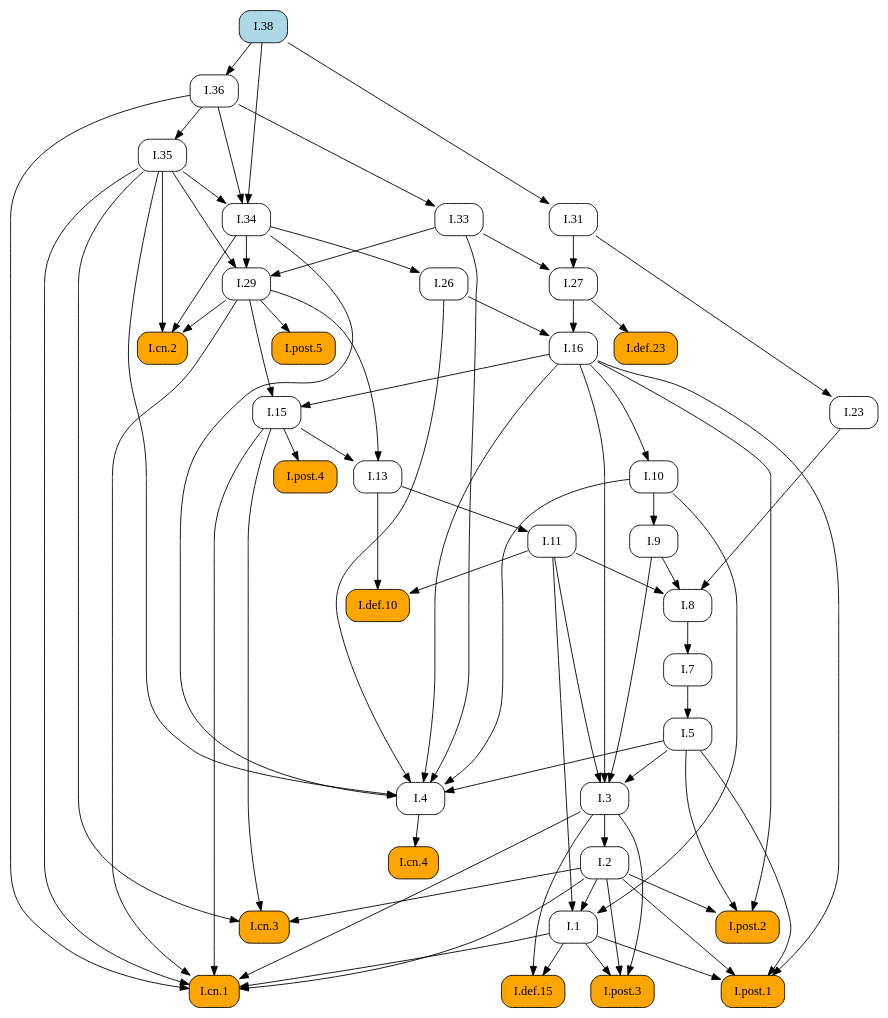
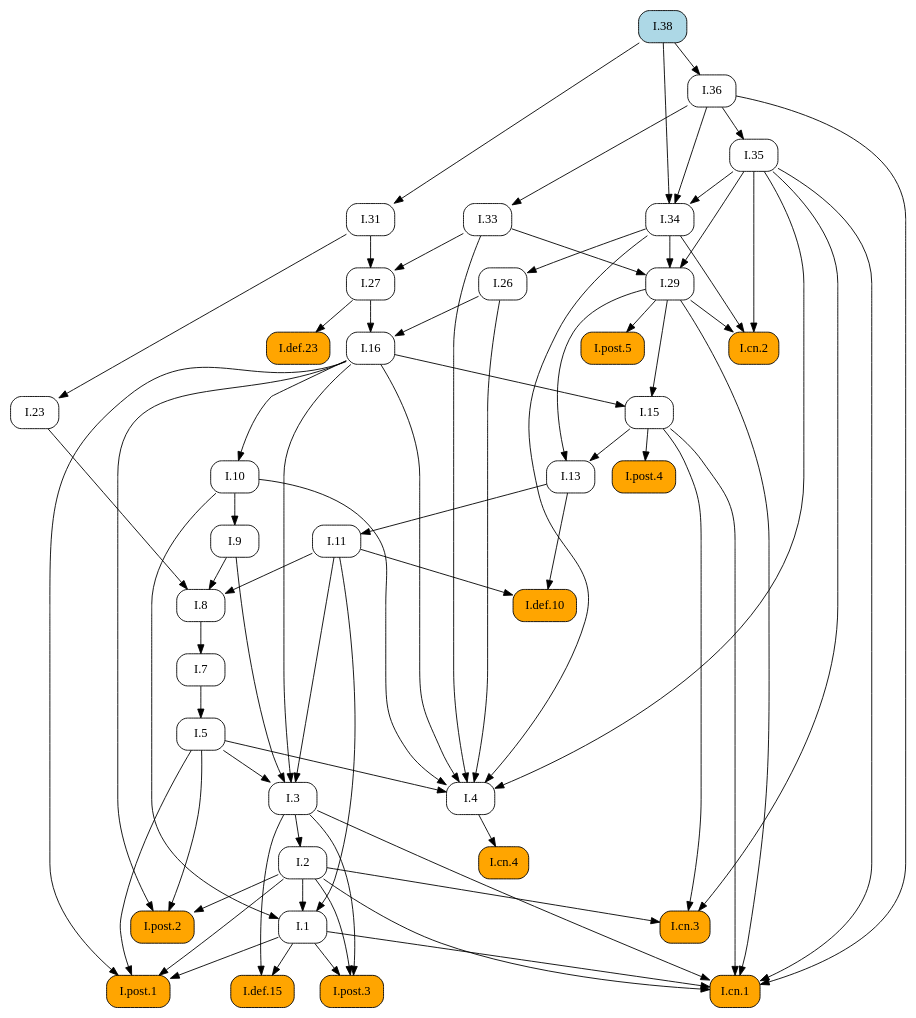
The diagram in docsrc/elements2/I/38/index.rst (geometor/elements), drawn with Graphviz before and after one commit. The commit also changed other lines of this file and 409 other files, not shown here.

First line of the commit message:
feat: Add image cropping and graphic extraction script

```diff
--- a/docsrc/elements2/I/38/index.rst
+++ b/docsrc/elements2/I/38/index.rst
@@ -45,79 +45,49 @@
    digraph {
      rankdir="TB";
      node [shape=box, style=rounded];
+     "I.31" [URL="/elements2/I/31/", target="_top"];
      "I.8" [URL="/elements2/I/8/", target="_top"];
+     "I.15" [URL="/elements2/I/15/", target="_top"];
+     "I.5" [URL="/elements2/I/5/", target="_top"];
+     "I.26" [URL="/elements2/I/26/", target="_top"];
+     "I.cn.1" [style="rounded,filled", fillcolor=orange, URL="/elements2/I/cn.1/", target="_top"];
+     "I.7" [URL="/elements2/I/7/", target="_top"];
+     "I.23" [URL="/elements2/I/23/", target="_top"];
+     "I.16" [URL="/elements2/I/16/", target="_top"];
+     "I.35" [URL="/elements2/I/35/", target="_top"];
+     "I.34" [URL="/elements2/I/34/", target="_top"];
+     "I.33" [URL="/elements2/I/33/", target="_top"];
+     "I.def.15" [style="rounded,filled", fillcolor=orange, URL="/elements2/I/def.15/", target="_top"];
+     "I.38" [style="rounded,filled", fillcolor=lightblue, URL="/elements2/I/38/", target="_top"];
+     "I.def.10" [style="rounded,filled", fillcolor=orange, URL="/elements2/I/def.10/", target="_top"];
+     "I.def.23" [style="rounded,filled", fillcolor=orange, URL="/elements2/I/def.23/", target="_top"];
+     "I.11" [URL="/elements2/I/11/", target="_top"];
+     "I.post.4" [style="rounded,filled", fillcolor=orange, URL="/elements2/I/post.4/", target="_top"];
+     "I.post.5" [style="rounded,filled", fillcolor=orange, URL="/elements2/I/post.5/", target="_top"];
+     "I.3" [URL="/elements2/I/3/", target="_top"];
+     "I.10" [URL="/elements2/I/10/", target="_top"];
+     "I.cn.3" [style="rounded,filled", fillcolor=orange, URL="/elements2/I/cn.3/", target="_top"];
+     "I.13" [URL="/elements2/I/13/", target="_top"];
+     "I.4" [URL="/elements2/I/4/", target="_top"];
+     "I.post.3" [style="rounded,filled", fillcolor=orange, URL="/elements2/I/post.3/", target="_top"];
+     "I.9" [URL="/elements2/I/9/", target="_top"];
+     "I.29" [URL="/elements2/I/29/", target="_top"];
      "I.36" [URL="/elements2/I/36/", target="_top"];
      "I.post.1" [style="rounded,filled", fillcolor=orange, URL="/elements2/I/post.1/", target="_top"];
-     "I.33" [URL="/elements2/I/33/", target="_top"];
-     "I.5" [URL="/elements2/I/5/", target="_top"];
-     "I.38" [style="rounded,filled", fillcolor=lightblue, URL="/elements2/I/38/", target="_top"];
-     "I.post.5" [style="rounded,filled", fillcolor=orange, URL="/elements2/I/post.5/", target="_top"];
-     "I.def.10" [style="rounded,filled", fillcolor=orange, URL="/elements2/I/def.10/", target="_top"];
-     "I.cn.2" [style="rounded,filled", fillcolor=orange, URL="/elements2/I/cn.2/", target="_top"];
-     "I.def.15" [style="rounded,filled", fillcolor=orange, URL="/elements2/I/def.15/", target="_top"];
-     "I.31" [URL="/elements2/I/31/", target="_top"];
-     "I.11" [URL="/elements2/I/11/", target="_top"];
-     "I.3" [URL="/elements2/I/3/", target="_top"];
-     "I.def.23" [style="rounded,filled", fillcolor=orange, URL="/elements2/I/def.23/", target="_top"];
-     "I.post.2" [style="rounded,filled", fillcolor=orange, URL="/elements2/I/post.2/", target="_top"];
-     "I.26" [URL="/elements2/I/26/", target="_top"];
-     "I.cn.3" [style="rounded,filled", fillcolor=orange, URL="/elements2/I/cn.3/", target="_top"];
-     "I.cn.4" [style="rounded,filled", fillcolor=orange, URL="/elements2/I/cn.4/", target="_top"];
-     "I.1" [URL="/elements2/I/1/", target="_top"];
-     "I.7" [URL="/elements2/I/7/", target="_top"];
-     "I.9" [URL="/elements2/I/9/", target="_top"];
-     "I.cn.1" [style="rounded,filled", fillcolor=orange, URL="/elements2/I/cn.1/", target="_top"];
-     "I.29" [URL="/elements2/I/29/", target="_top"];
-     "I.16" [URL="/elements2/I/16/", target="_top"];
-     "I.post.4" [style="rounded,filled", fillcolor=orange, URL="/elements2/I/post.4/", target="_top"];
-     "I.13" [URL="/elements2/I/13/", target="_top"];
-     "I.35" [URL="/elements2/I/35/", target="_top"];
      "I.2" [URL="/elements2/I/2/", target="_top"];
      "I.27" [URL="/elements2/I/27/", target="_top"];
-     "I.4" [URL="/elements2/I/4/", target="_top"];
-     "I.10" [URL="/elements2/I/10/", target="_top"];
-     "I.15" [URL="/elements2/I/15/", target="_top"];
-     "I.34" [URL="/elements2/I/34/", target="_top"];
-     "I.23" [URL="/elements2/I/23/", target="_top"];
-     "I.post.3" [style="rounded,filled", fillcolor=orange, URL="/elements2/I/post.3/", target="_top"];
+     "I.cn.4" [style="rounded,filled", fillcolor=orange, URL="/elements2/I/cn.4/", target="_top"];
+     "I.cn.2" [style="rounded,filled", fillcolor=orange, URL="/elements2/I/cn.2/", target="_top"];
+     "I.1" [URL="/elements2/I/1/", target="_top"];
+     "I.post.2" [style="rounded,filled", fillcolor=orange, URL="/elements2/I/post.2/", target="_top"];
+     "I.38" -> "I.31";
      "I.9" -> "I.8";
      "I.11" -> "I.8";
      "I.23" -> "I.8";
-     "I.38" -> "I.36";
-     "I.1" -> "I.post.1";
-     "I.2" -> "I.post.1";
-     "I.5" -> "I.post.1";
-     "I.16" -> "I.post.1";
-     "I.36" -> "I.33";
+     "I.16" -> "I.15";
+     "I.29" -> "I.15";
      "I.7" -> "I.5";
-     "I.29" -> "I.post.5";
-     "I.11" -> "I.def.10";
-     "I.13" -> "I.def.10";
-     "I.29" -> "I.cn.2";
-     "I.34" -> "I.cn.2";
-     "I.35" -> "I.cn.2";
-     "I.1" -> "I.def.15";
-     "I.3" -> "I.def.15";
-     "I.38" -> "I.31";
-     "I.13" -> "I.11";
-     "I.5" -> "I.3";
-     "I.9" -> "I.3";
-     "I.11" -> "I.3";
-     "I.16" -> "I.3";
-     "I.27" -> "I.def.23";
-     "I.2" -> "I.post.2";
-     "I.5" -> "I.post.2";
-     "I.16" -> "I.post.2";
      "I.34" -> "I.26";
-     "I.2" -> "I.cn.3";
-     "I.15" -> "I.cn.3";
-     "I.35" -> "I.cn.3";
-     "I.4" -> "I.cn.4";
-     "I.2" -> "I.1";
-     "I.10" -> "I.1";
-     "I.11" -> "I.1";
-     "I.8" -> "I.7";
-     "I.10" -> "I.9";
      "I.1" -> "I.cn.1";
      "I.2" -> "I.cn.1";
      "I.3" -> "I.cn.1";
@@ -125,18 +95,33 @@
      "I.29" -> "I.cn.1";
      "I.35" -> "I.cn.1";
      "I.36" -> "I.cn.1";
-     "I.33" -> "I.29";
-     "I.34" -> "I.29";
-     "I.35" -> "I.29";
+     "I.8" -> "I.7";
+     "I.31" -> "I.23";
      "I.26" -> "I.16";
      "I.27" -> "I.16";
+     "I.36" -> "I.35";
+     "I.35" -> "I.34";
+     "I.36" -> "I.34";
+     "I.38" -> "I.34";
+     "I.36" -> "I.33";
+     "I.1" -> "I.def.15";
+     "I.3" -> "I.def.15";
+     "I.11" -> "I.def.10";
+     "I.13" -> "I.def.10";
+     "I.27" -> "I.def.23";
+     "I.13" -> "I.11";
      "I.15" -> "I.post.4";
+     "I.29" -> "I.post.5";
+     "I.5" -> "I.3";
+     "I.9" -> "I.3";
+     "I.11" -> "I.3";
+     "I.16" -> "I.3";
+     "I.16" -> "I.10";
+     "I.2" -> "I.cn.3";
+     "I.15" -> "I.cn.3";
+     "I.35" -> "I.cn.3";
      "I.15" -> "I.13";
      "I.29" -> "I.13";
-     "I.36" -> "I.35";
-     "I.3" -> "I.2";
-     "I.31" -> "I.27";
-     "I.33" -> "I.27";
      "I.5" -> "I.4";
      "I.10" -> "I.4";
      "I.16" -> "I.4";
@@ -144,14 +129,29 @@
      "I.33" -> "I.4";
      "I.34" -> "I.4";
      "I.35" -> "I.4";
-     "I.16" -> "I.10";
-     "I.16" -> "I.15";
-     "I.29" -> "I.15";
-     "I.35" -> "I.34";
-     "I.36" -> "I.34";
-     "I.38" -> "I.34";
-     "I.31" -> "I.23";
      "I.1" -> "I.post.3";
      "I.2" -> "I.post.3";
      "I.3" -> "I.post.3";
+     "I.10" -> "I.9";
+     "I.33" -> "I.29";
+     "I.34" -> "I.29";
+     "I.35" -> "I.29";
+     "I.38" -> "I.36";
+     "I.1" -> "I.post.1";
+     "I.2" -> "I.post.1";
+     "I.5" -> "I.post.1";
+     "I.16" -> "I.post.1";
+     "I.3" -> "I.2";
+     "I.31" -> "I.27";
+     "I.33" -> "I.27";
+     "I.4" -> "I.cn.4";
+     "I.29" -> "I.cn.2";
+     "I.34" -> "I.cn.2";
+     "I.35" -> "I.cn.2";
+     "I.2" -> "I.1";
+     "I.10" -> "I.1";
+     "I.11" -> "I.1";
+     "I.2" -> "I.post.2";
+     "I.5" -> "I.post.2";
+     "I.16" -> "I.post.2";
    }
```
